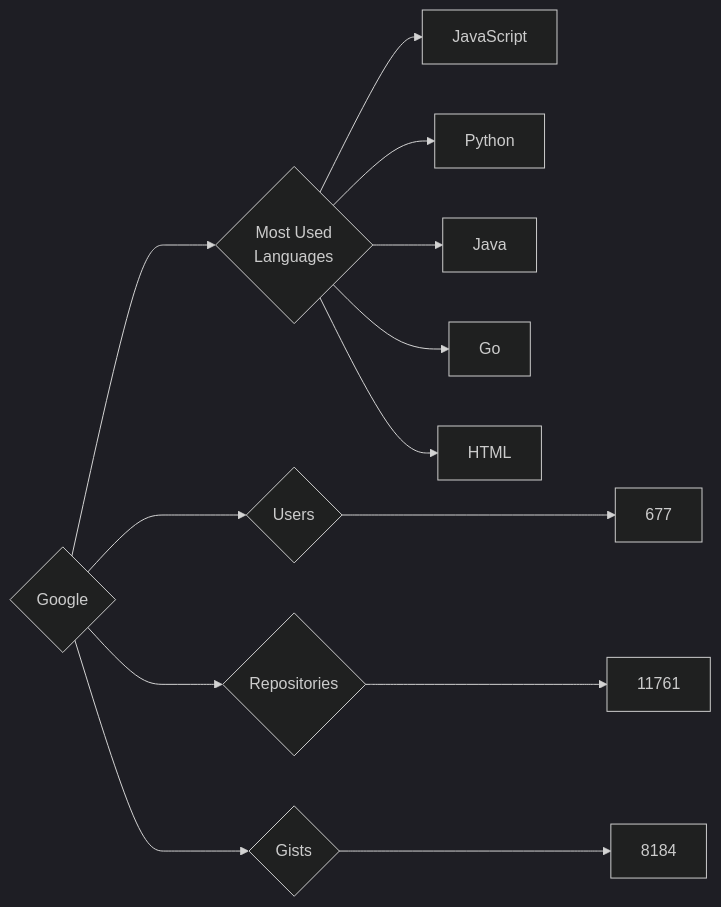
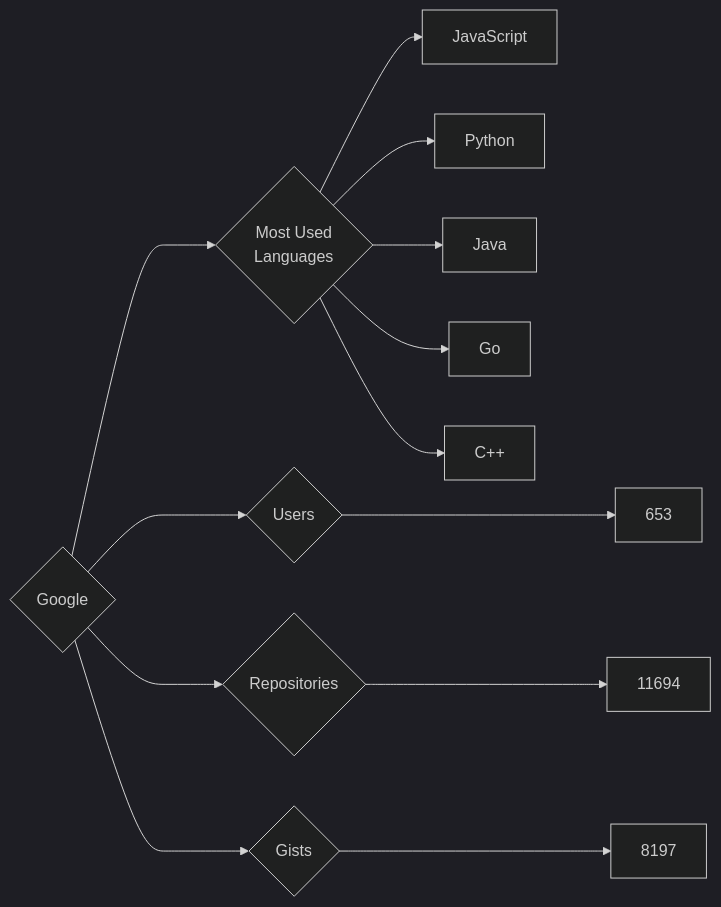
The diagram in targets/Google/README.md (trickest/insiders), drawn with Mermaid (dark theme) before and after one commit. The commit also changed 823 other files, not shown here.

````diff
--- a/targets/Google/README.md
+++ b/targets/Google/README.md
@@ -3,13 +3,13 @@
 ```mermaid
 graph LR
 COMPANY_NAME{Google}
-COMPANY_NAME ---> U{Users} ---> UN[677]
-COMPANY_NAME ---> R{Repositories} ---> RN[11761]
-COMPANY_NAME ---> G{Gists} ---> GN[8184]
+COMPANY_NAME ---> U{Users} ---> UN[653]
+COMPANY_NAME ---> R{Repositories} ---> RN[11694]
+COMPANY_NAME ---> G{Gists} ---> GN[8197]
 COMPANY_NAME ---> ML{Most Used<br>Languages}
 ML --> JavaScript[JavaScript]
 ML --> Python[Python]
 ML --> Java[Java]
 ML --> Go[Go]
-ML --> HTML[HTML]
+ML --> C++[C++]
 ```
````
